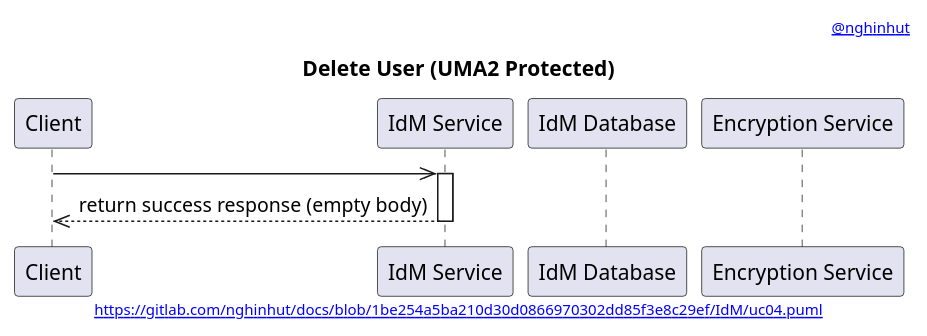
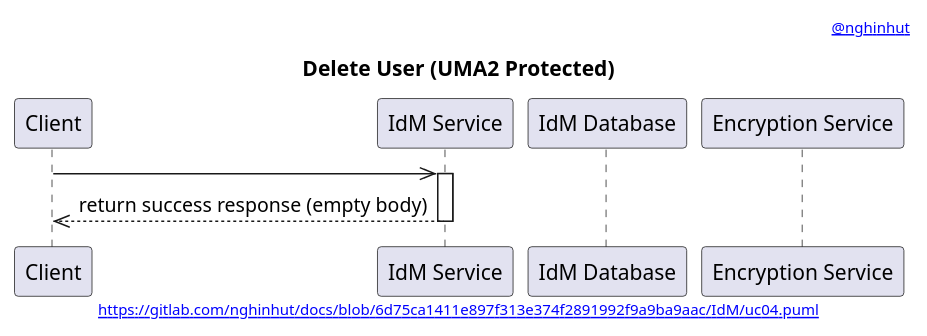
One commit to nghinhut/docs changed the diagram in IdM/uc04.sequence.puml. Above: the diagram before and after it, drawn with PlantUML. The commit also changed 23 other files, not shown here.

Commit message:
Update diagrams

```diff
--- a/IdM/uc04.sequence.puml
+++ b/IdM/uc04.sequence.puml
@@ -1,22 +1,22 @@
 @startuml
 '-----START auto generated metadata please keep comment here to allow auto update-----
 '-----DON'T EDIT THIS SECTION, INSTEAD RE-RUN prebuild.sh TO UPDATE-----
-header [[https://www.nghinhut.dev?from=http%5C%3A%5C%2F%5C%2Fwww%5C.plantuml%5C.com%5C%2Fplantuml%5C%2Fproxy%3Ffmt%3Dsvg%5C%26src%3Dhttps%5C%3A%5C%2F%5C%2Fgitlab%5C.com%5C%2Fnghinhut%5C%2Fdocs%5C%2Fraw%5C%2F1be254a5ba210d30d0866970302dd85f3e8c29ef%5C%2FIdM%5C%2Fuc04%5C.puml%0A @nghinhut]]
-footer [[http://www.plantuml.com/plantuml/proxy?fmt=svg&src=https://gitlab.com/nghinhut/docs/raw/1be254a5ba210d30d0866970302dd85f3e8c29ef/IdM/uc04.puml https://gitlab.com/nghinhut/docs/blob/1be254a5ba210d30d0866970302dd85f3e8c29ef/IdM/uc04.puml]]
+header [[https://www.nghinhut.dev?from=http%5C%3A%5C%2F%5C%2Fwww%5C.plantuml%5C.com%5C%2Fplantuml%5C%2Fproxy%3Ffmt%3Dsvg%5C%26src%3Dhttps%5C%3A%5C%2F%5C%2Fgitlab%5C.com%5C%2Fnghinhut%5C%2Fdocs%5C%2Fraw%5C%2F6d75ca1411e897f313e374f2891992f9a9ba9aac%5C%2FIdM%5C%2Fuc04%5C.puml%0A @nghinhut]]
+footer [[http://www.plantuml.com/plantuml/proxy?fmt=svg&src=https://gitlab.com/nghinhut/docs/raw/6d75ca1411e897f313e374f2891992f9a9ba9aac/IdM/uc04.puml https://gitlab.com/nghinhut/docs/blob/6d75ca1411e897f313e374f2891992f9a9ba9aac/IdM/uc04.puml]]
 '-----END auto generated metadata please keep comment here to allow auto update-----
 title Delete User (UMA2 Protected)
 
 participant "Client" as client
 participant "IdM Service" as idm
 participant "IdM Database" as db
 participant "Encryption Service" as es
 
 client ->> idm
 activate idm
 
 
 
 client <<-- idm : return success response (empty body)
 deactivate idm
 
 @enduml
```
